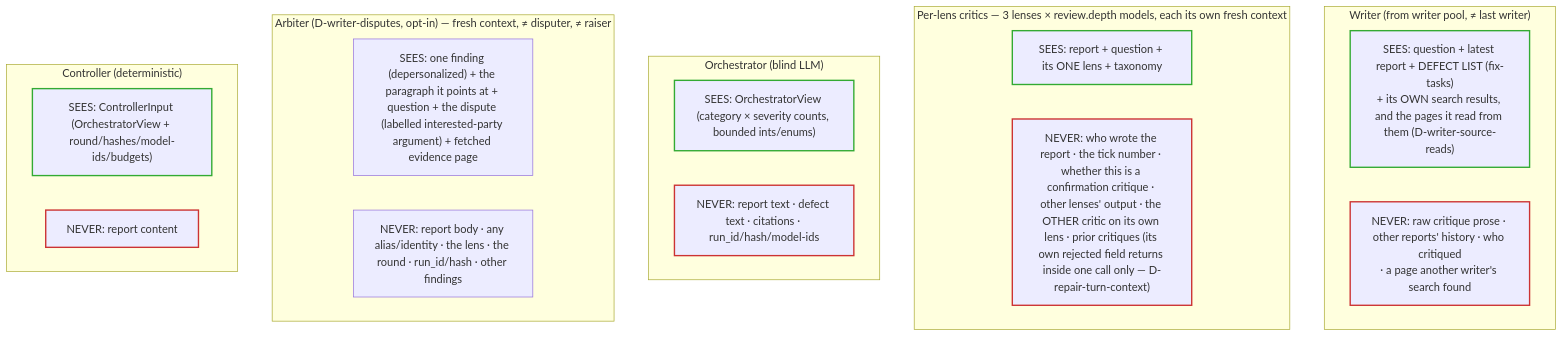
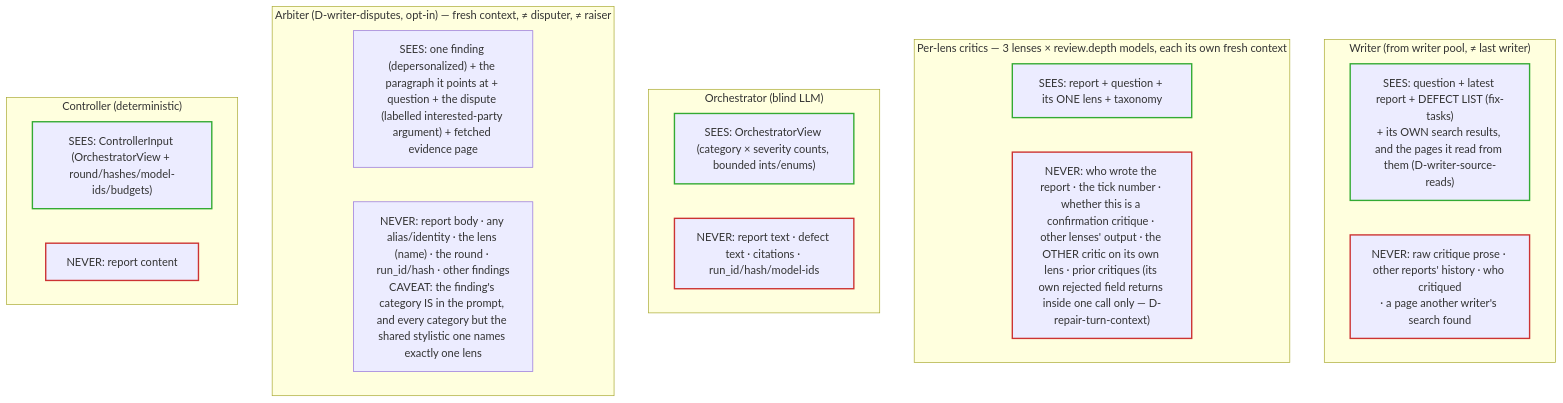
The first of 4 diagrams in docs/isolation.md (NickBorgers/reasonable-answer), drawn with Mermaid before and after one commit. The commit also changed 14 other files, not shown here.

````diff
--- a/docs/isolation.md
+++ b/docs/isolation.md
@@ -75,32 +75,32 @@
 ```mermaid
 flowchart TB
     subgraph GEN["Writer (from writer pool, ≠ last writer)"]
         Gin["SEES: question + latest report + DEFECT LIST (fix-tasks)<br/>+ its OWN search results, and the pages it read from them (D-writer-source-reads)"]
         Gno["NEVER: raw critique prose · other reports' history · who critiqued<br/>· a page another writer's search found"]
     end
     subgraph CRIT["Per-lens critics — 3 lenses × review.depth models, each its own fresh context"]
         Cin["SEES: report + question + its ONE lens + taxonomy"]
         Cno["NEVER: who wrote the report · the tick number · whether this is a confirmation critique · other lenses' output · the OTHER critic on its own lens · prior critiques (its own rejected field returns inside one call only — D-repair-turn-context)"]
     end
     subgraph ORC["Orchestrator (blind LLM)"]
         Oin["SEES: OrchestratorView (category × severity counts, bounded ints/enums)"]
         Ono["NEVER: report text · defect text · citations · run_id/hash/model-ids"]
     end
     subgraph ARB["Arbiter (D-writer-disputes, opt-in) — fresh context, ≠ disputer, ≠ raiser"]
         Ain["SEES: one finding (depersonalized) + the paragraph it points at + question + the dispute (labelled interested-party argument) + fetched evidence page"]
-        Ano["NEVER: report body · any alias/identity · the lens · the round · run_id/hash · other findings"]
+        Ano["NEVER: report body · any alias/identity · the lens (name) · the round · run_id/hash · other findings<br/>CAVEAT: the finding's category IS in the prompt, and every category but the shared stylistic one names exactly one lens"]
     end
     subgraph CT["Controller (deterministic)"]
         CTin["SEES: ControllerInput (OrchestratorView + round/hashes/model-ids/budgets)"]
         CTno["NEVER: report content"]
     end
 
     %% Stroke only, no fill: a hard-coded pale fill keeps its colour in dark mode while
     %% the label turns light, leaving unreadable text. Leaving the fill alone lets the
     %% renderer pick a background that matches the surrounding page in either theme,
     %% and the see/never distinction rides on the border colour instead.
     classDef see stroke:#3a3,stroke-width:2px;
     classDef no stroke:#c33,stroke-width:2px;
     class Gin,Cin,Oin,CTin see;
     class Gno,Cno,Ono,CTno no;
 ```
````
